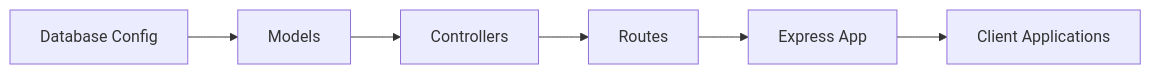
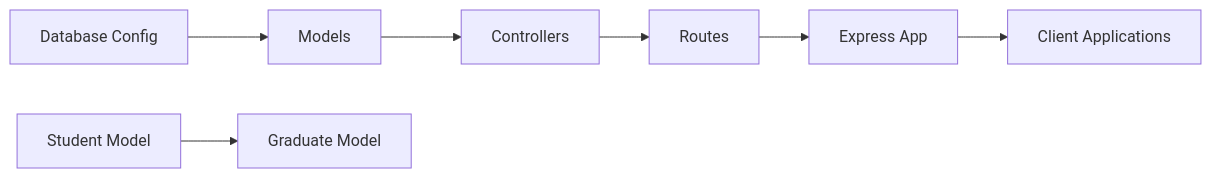
Before and after one commit to Mreng78/khirocom_project: diagram 11 of 11 in .qoder/repowiki/en/content/Feature Modules/Feature Modules.md, drawn with Mermaid. The commit also changed other lines of this file and 10 other files, not shown here.

````diff
--- a/.qoder/repowiki/en/content/Feature Modules/Feature Modules.md
+++ b/.qoder/repowiki/en/content/Feature Modules/Feature Modules.md
@@ -426,8 +495,9 @@
 ```mermaid
 graph LR
 DB["Database Config"] --> MODELS["Models"]
 MODELS --> CONTROLLERS["Controllers"]
 CONTROLLERS --> ROUTES["Routes"]
 ROUTES --> APP["Express App"]
 APP --> CLIENT["Client Applications"]
+STUDENT["Student Model"] --> GRADUATE["Graduate Model"]
 ```
````
